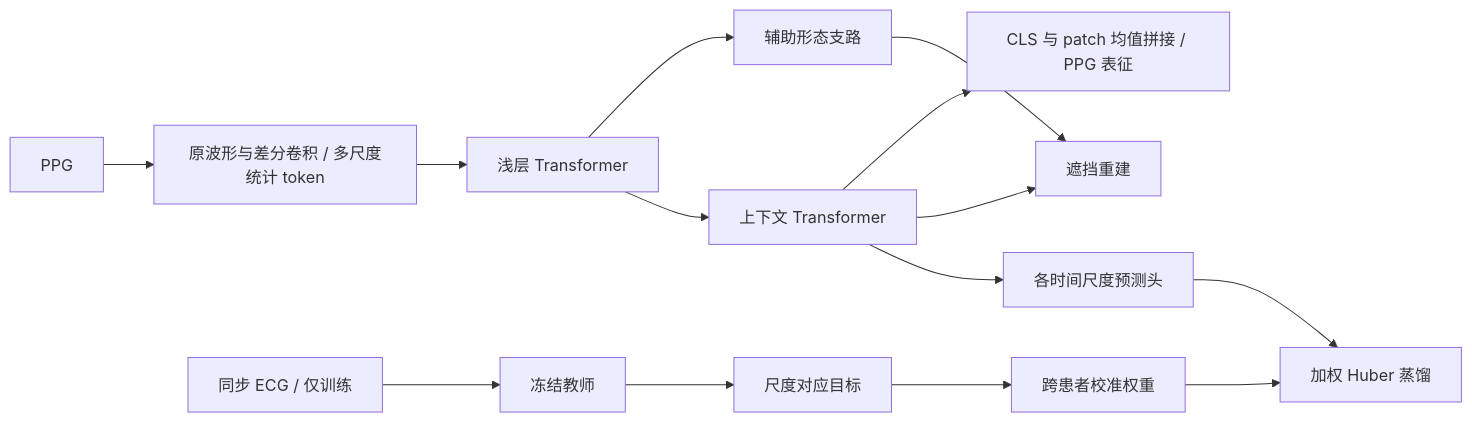
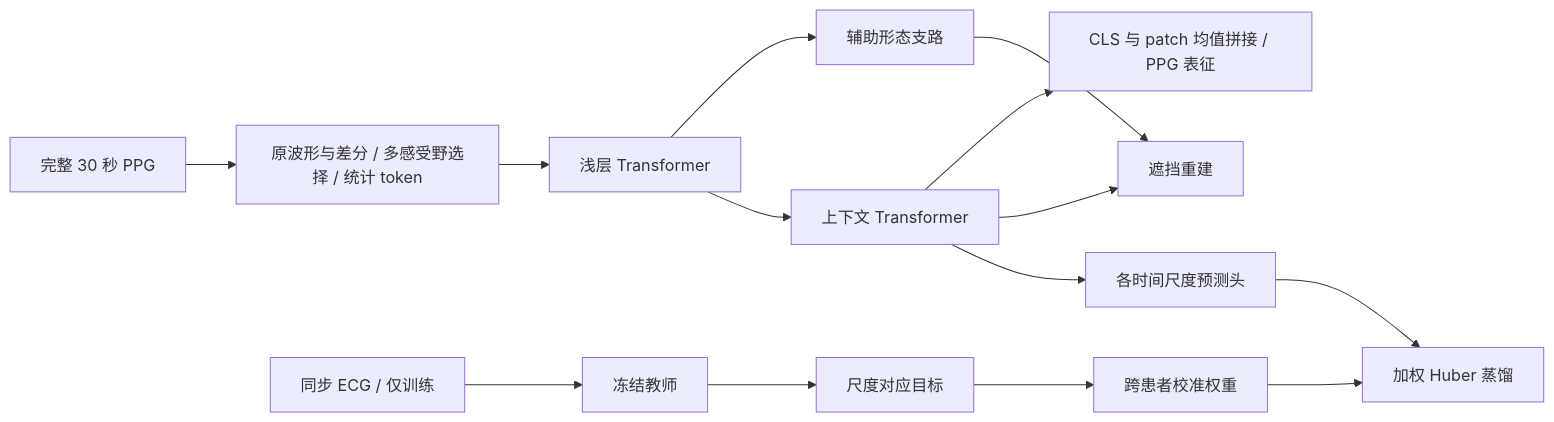
One commit to goddream66/TempoBridge-COSD changed the diagram in README.md. Above: the diagram before and after it, drawn with Mermaid. The commit also changed other lines of this file and 29 other files, not shown here.

````diff
--- a/README.md
+++ b/README.md
@@ -12,16 +12,16 @@
 ```mermaid
 flowchart LR
-    X[PPG] --> P[原波形与差分卷积 / 多尺度统计 token]
+    X[完整 30 秒 PPG] --> P[原波形与差分 / 多感受野选择 / 统计 token]
     P --> S[浅层 Transformer]
     S --> M[辅助形态支路]
     S --> C[上下文 Transformer]
     C --> Z[CLS 与 patch 均值拼接 / PPG 表征]
     M --> R[遮挡重建]
     C --> R
     C --> H[各时间尺度预测头]
     E[同步 ECG / 仅训练] --> T[冻结教师]
     T --> K[尺度对应目标]
     K --> W[跨患者校准权重]
     W --> L[加权 Huber 蒸馏]
     H --> L
 ```
````
